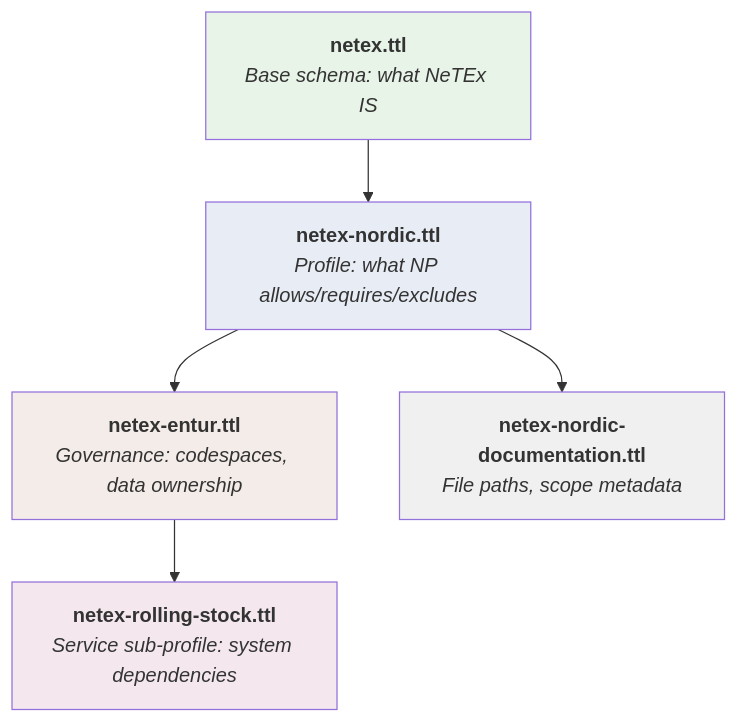
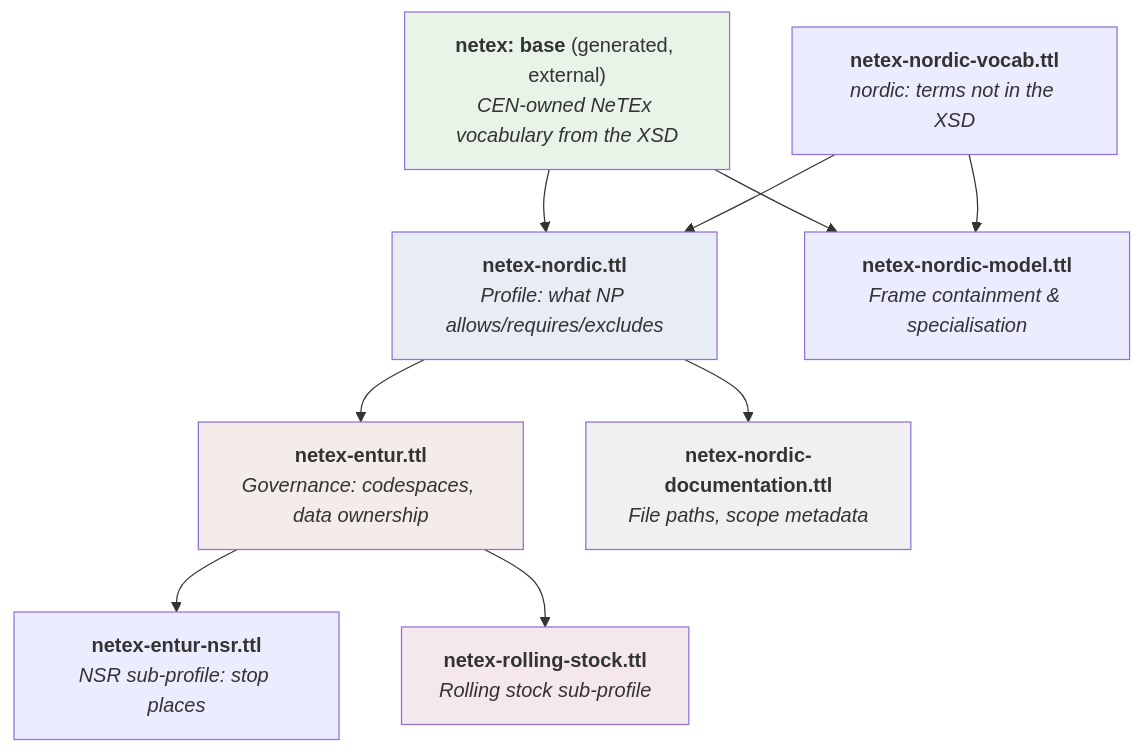
The diagram in guides/Ontology/Ontology_Guide.md (entur/nordic-netex-documentation), drawn with Mermaid before and after one commit. The commit also changed other lines of this file and 2 other files, not shown here.

First line of the commit message:
docs(ontology): adopt generated NeTEx base structure

````diff
--- a/guides/Ontology/Ontology_Guide.md
+++ b/guides/Ontology/Ontology_Guide.md
@@ -40,19 +45,26 @@
 ```mermaid
 flowchart TD
-    BASE["<b>netex.ttl</b><br/><i>Base schema: what NeTEx IS</i>"]
+    BASE["<b>netex: base</b> (generated, external)<br/><i>CEN-owned NeTEx vocabulary from the XSD</i>"]
+    VOCAB["<b>netex-nordic-vocab.ttl</b><br/><i>nordic: terms not in the XSD</i>"]
     NP["<b>netex-nordic.ttl</b><br/><i>Profile: what NP allows/requires/excludes</i>"]
+    MODEL["<b>netex-nordic-model.ttl</b><br/><i>Frame containment & specialisation</i>"]
     ENTUR["<b>netex-entur.ttl</b><br/><i>Governance: codespaces, data ownership</i>"]
-    RS["<b>netex-rolling-stock.ttl</b><br/><i>Service sub-profile: system dependencies</i>"]
+    NSR["<b>netex-entur-nsr.ttl</b><br/><i>NSR sub-profile: stop places</i>"]
+    RS["<b>netex-rolling-stock.ttl</b><br/><i>Rolling stock sub-profile</i>"]
     DOC["<b>netex-nordic-documentation.ttl</b><br/><i>File paths, scope metadata</i>"]
 
     BASE --> NP
+    VOCAB --> NP
+    BASE --> MODEL
+    VOCAB --> MODEL
     NP --> ENTUR
+    ENTUR --> NSR
     ENTUR --> RS
     NP --> DOC
 
     style BASE fill:#e8f4e8
     style NP fill:#e8ecf4
     style ENTUR fill:#f4ece8
     style RS fill:#f4e8ee
     style DOC fill:#f0f0f0
 ```
````
